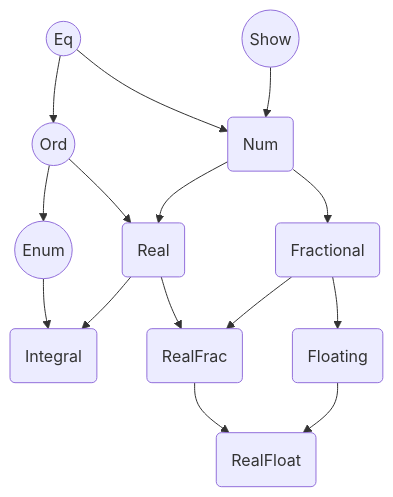
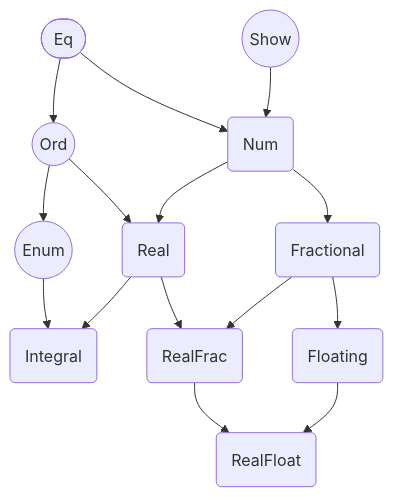
One commit to wolfangy/haskell changed the diagram in haskell-in-depth/ch02/ch2.md. Above: the diagram before and after it, drawn with Mermaid.

````diff
--- a/haskell-in-depth/ch02/ch2.md
+++ b/haskell-in-depth/ch02/ch2.md
@@ -481,17 +481,17 @@
 ```mermaid
 graph TD;
-    Eq((Eq)) --> N(Num)
+    Eq([Eq]) --> N(Num)
     S((Show)) --> N
     Eq --> O((Ord))
     O --> En((Enum))
     O --> R(Real)
     N --> R
     N --> F(Fractional)
     En --> I(Integral)
     R --> I
     R --> RF(RealFrac)
     F --> RF
     F --> Fl(Floating)
     RF --> RFl
     Fl --> RFl(RealFloat)
 ```
````
